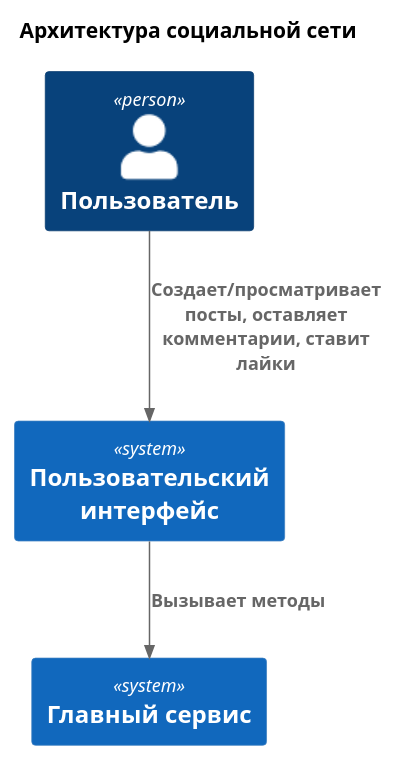
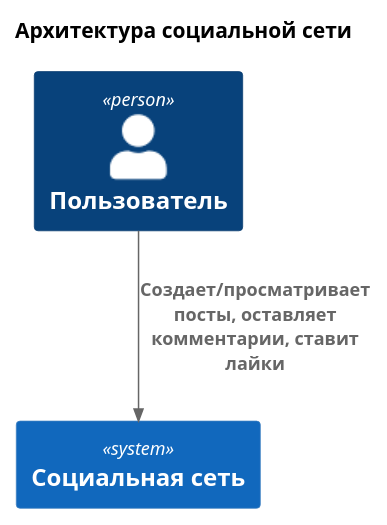
One commit to randnull/service-oriented-designs-Kirill-Goryunov changed the diagram in doc/c4-diagrams/c4-context-code.puml. Above: the diagram before and after it, drawn with PlantUML. The commit also changed 5 other files, not shown here.

Commit message:
ADD: puml code file for er-diagram. FIX: c4-context

```diff
--- a/doc/c4-diagrams/c4-context-code.puml
+++ b/doc/c4-diagrams/c4-context-code.puml
@@ -1,19 +1,15 @@
 @startuml C4_context
 !include https://raw.githubusercontent.com/plantuml-stdlib/C4-PlantUML/master/C4_Container.puml
 
 
 title Архитектура социальной сети
 
 ' Пользователи
 Person(User, "Пользователь")
 
 'Интерфейс
-System(interface, "Пользовательский интерфейс")
-
-' Контейнеры
-System(main_service, "Главный сервис")
+System(social_network, "Социальная сеть")
 
 ' Связи
-Rel(User, interface, "Создает/просматривает посты, оставляет комментарии, ставит лайки")
-Rel(interface, main_service, "Вызывает методы")
+Rel(User, social_network, "Создает/просматривает посты, оставляет комментарии, ставит лайки")
 @enduml
```
